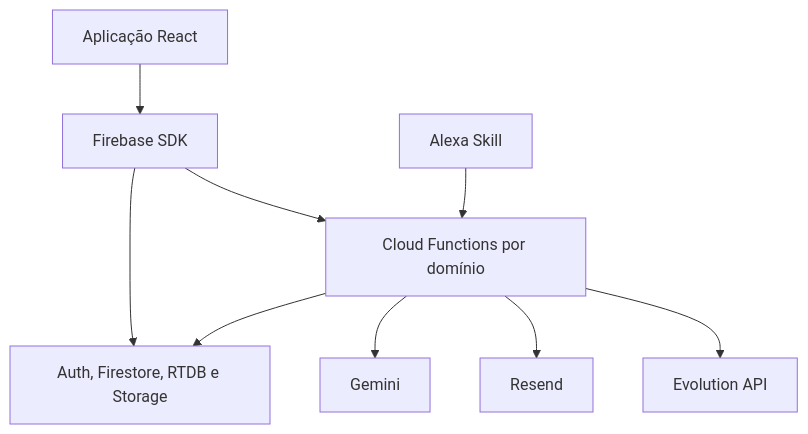
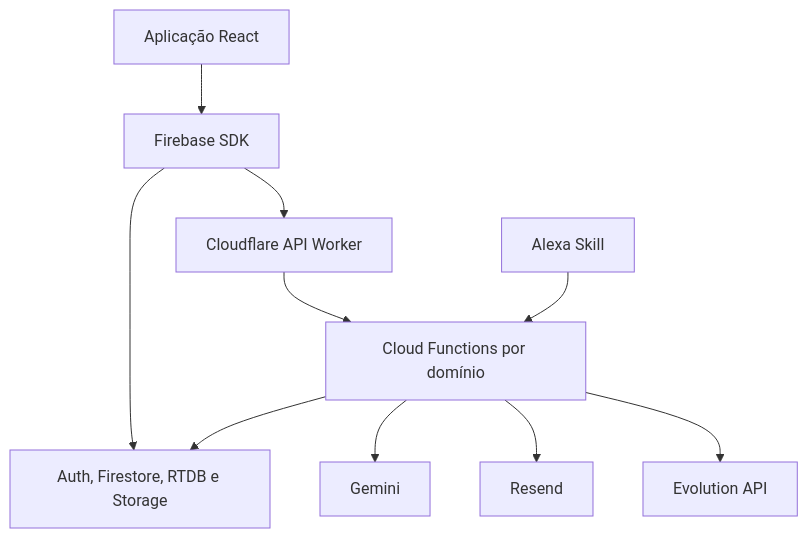
One commit to ccesargarcia/luisices changed the diagram in docs/DEPENDENCIAS_E_ARQUITETURA.md. Above: the diagram before and after it, drawn with Mermaid. The commit also changed other lines of this file and 20 other files, not shown here.

````diff
--- a/docs/DEPENDENCIAS_E_ARQUITETURA.md
+++ b/docs/DEPENDENCIAS_E_ARQUITETURA.md
@@ -13,11 +13,12 @@
 ```mermaid
 flowchart TD
   UI["Aplicação React"] --> SDK["Firebase SDK"]
   SDK --> DATA["Auth, Firestore, RTDB e Storage"]
-  SDK --> FN["Cloud Functions por domínio"]
+  SDK --> PROXY["Cloudflare API Worker"]
+  PROXY --> FN["Cloud Functions por domínio"]
   FN --> DATA
   FN --> AI["Gemini"]
   FN --> MAIL["Resend"]
   FN --> WA["Evolution API"]
   ALEXA["Alexa Skill"] --> FN
 ```
````
